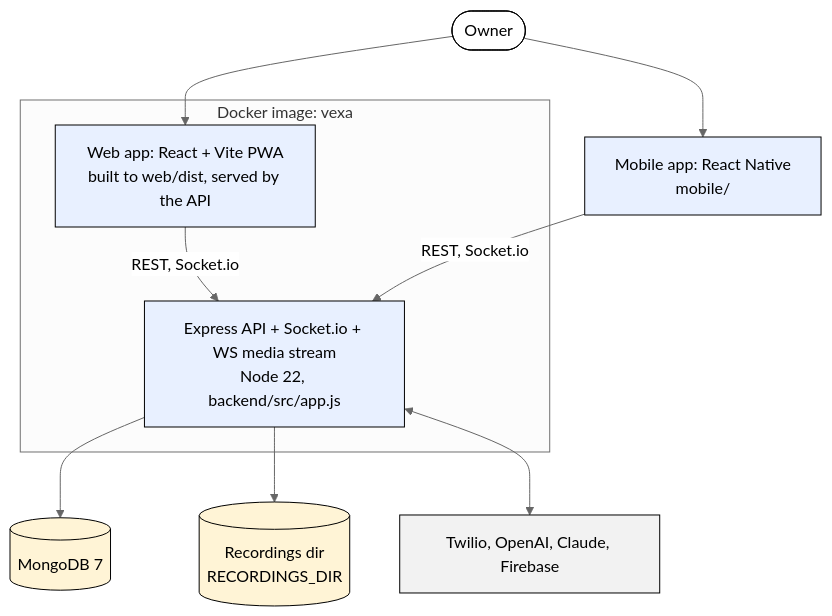
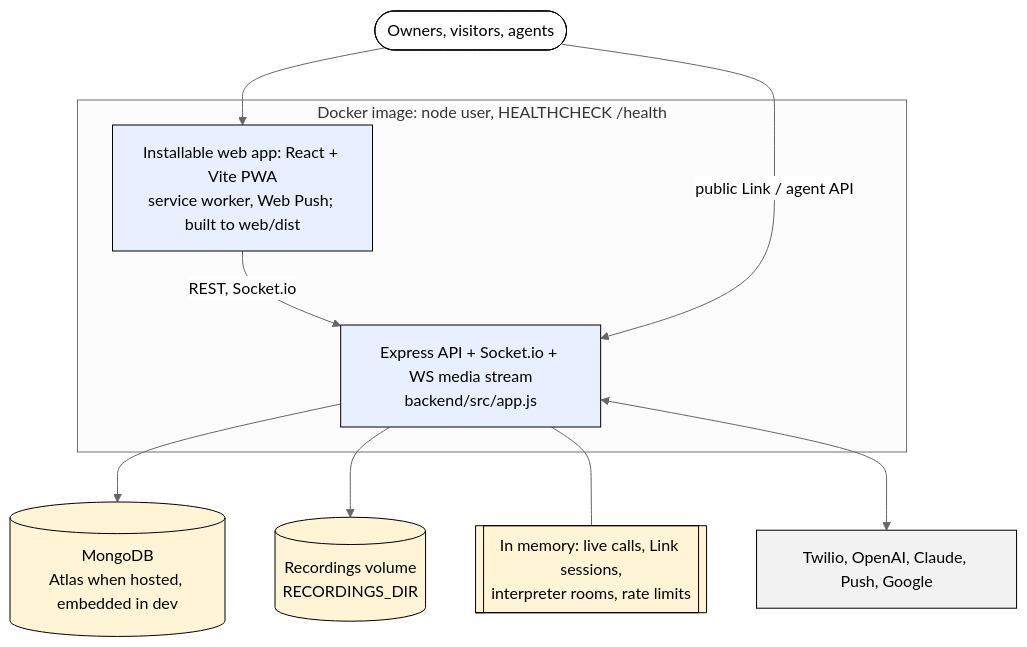
One commit to Phani3108/Vexa changed the second of 10 diagrams in README.md. Above: the diagram before and after it, drawn with Mermaid (neutral theme). The commit also changed other lines of this file and 4 other files, not shown here.

````diff
--- a/README.md
+++ b/README.md
@@ -598,23 +645,23 @@
 ```mermaid
 flowchart TB
-  owner([Owner]):::p
-  subgraph docker[Docker image: vexa]
-    api[Express API + Socket.io + WS media stream<br/>Node 22, backend/src/app.js]:::s
-    spa[Web app: React + Vite PWA<br/>built to web/dist, served by the API]:::s
+  users([Owners, visitors, agents]):::p
+  subgraph image[Docker image: node user, HEALTHCHECK /health]
+    api[Express API + Socket.io + WS media stream<br/>backend/src/app.js]:::s
+    spa[Installable web app: React + Vite PWA<br/>service worker, Web Push; built to web/dist]:::s
   end
-  mongo[(MongoDB 7)]:::d
-  rec[(Recordings dir<br/>RECORDINGS_DIR)]:::d
-  rn[Mobile app: React Native<br/>mobile/]:::s
-  ext[Twilio, OpenAI, Claude, Firebase]:::x
-  owner --> spa
-  owner --> rn
+  db[(MongoDB<br/>Atlas when hosted, embedded in dev)]:::d
+  rec[(Recordings volume<br/>RECORDINGS_DIR)]:::d
+  mem[[In memory: live calls, Link sessions,<br/>interpreter rooms, rate limits]]:::d
+  ext[Twilio, OpenAI, Claude, Push, Google]:::x
+  users --> spa
   spa -->|REST, Socket.io| api
-  rn -->|REST, Socket.io| api
-  api --> mongo
+  users -->|public Link / agent API| api
+  api --> db
   api --> rec
+  api --- mem
   api <--> ext
   classDef p fill:#fff,stroke:#000,color:#000
   classDef s fill:#e8f0ff,stroke:#000,color:#000
   classDef d fill:#fff4d6,stroke:#000,color:#000
   classDef x fill:#f2f2f2,stroke:#000,color:#000
 ```
````
